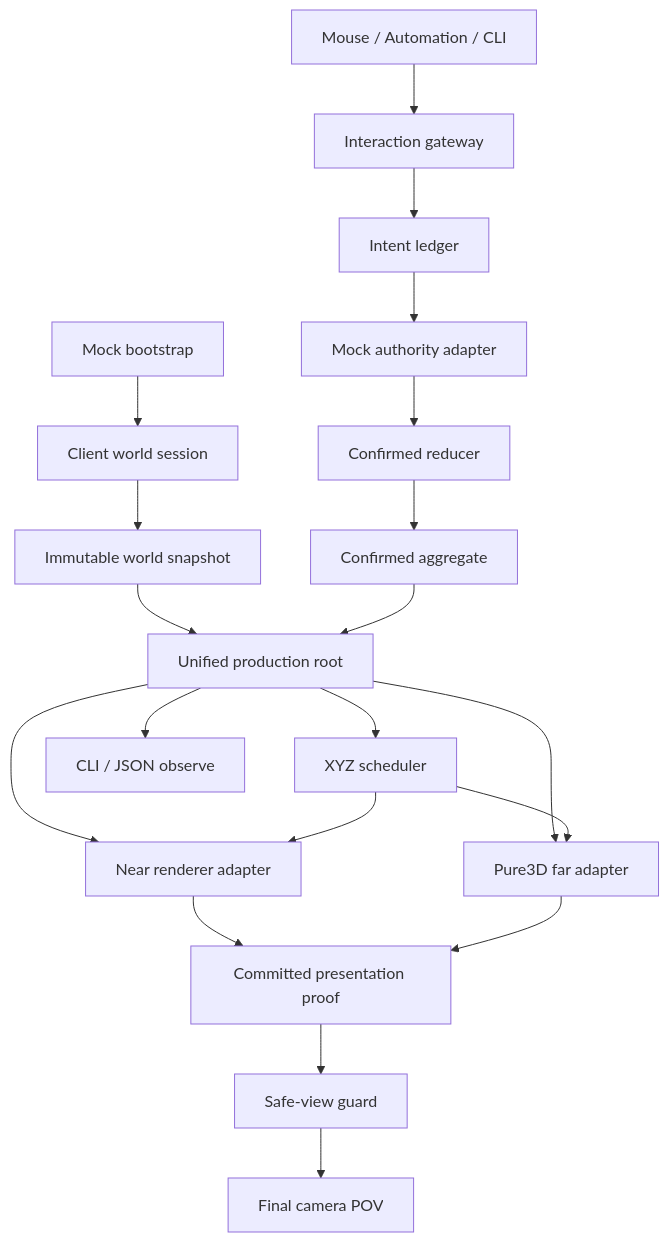
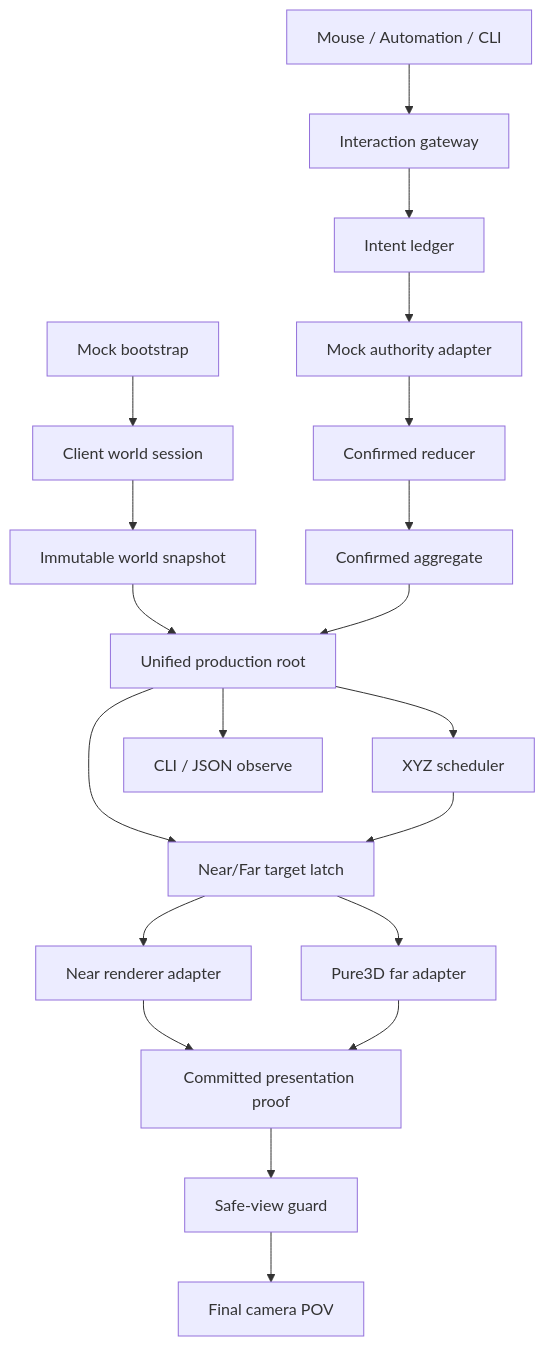
Before and after one commit to dyzdyz010/ex_mmo_cluster: the diagram in docs/00-current-truth/design/client/streaming-lod.md, drawn with Mermaid. The commit also changed other lines of this file and 7 other files, not shown here.

Commit message:
docs(voxia): close near far handoff repair

````diff
--- a/docs/00-current-truth/design/client/streaming-lod.md
+++ b/docs/00-current-truth/design/client/streaming-lod.md
@@ -37,22 +40,22 @@
 ```mermaid
 flowchart TD
     Bootstrap[Mock bootstrap] --> Session[Client world session]
     Session --> Snapshot[Immutable world snapshot]
     Input[Mouse / Automation / CLI] --> Gateway[Interaction gateway]
     Gateway --> Intent[Intent ledger]
     Intent --> Mock[Mock authority adapter]
     Mock --> Reducer[Confirmed reducer]
     Reducer --> Confirmed[Confirmed aggregate]
     Snapshot --> Root[Unified production root]
     Confirmed --> Root
     Root --> Scheduler[XYZ scheduler]
-    Root --> Near[Near renderer adapter]
-    Root --> Far[Pure3D far adapter]
-    Scheduler --> Near
-    Scheduler --> Far
+    Root --> Latch[Near/Far target latch]
+    Scheduler --> Latch
+    Latch --> Near[Near renderer adapter]
+    Latch --> Far[Pure3D far adapter]
     Near --> Proof[Committed presentation proof]
     Far --> Proof
     Proof --> SafeView[Safe-view guard]
     SafeView --> Camera[Final camera POV]
     Root --> Observe[CLI / JSON observe]
 ```
````
